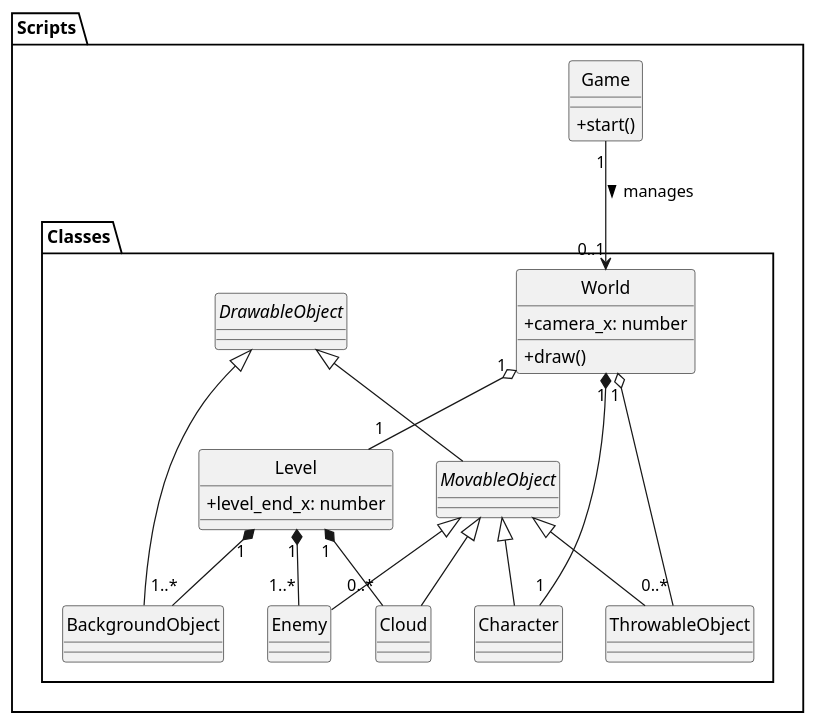
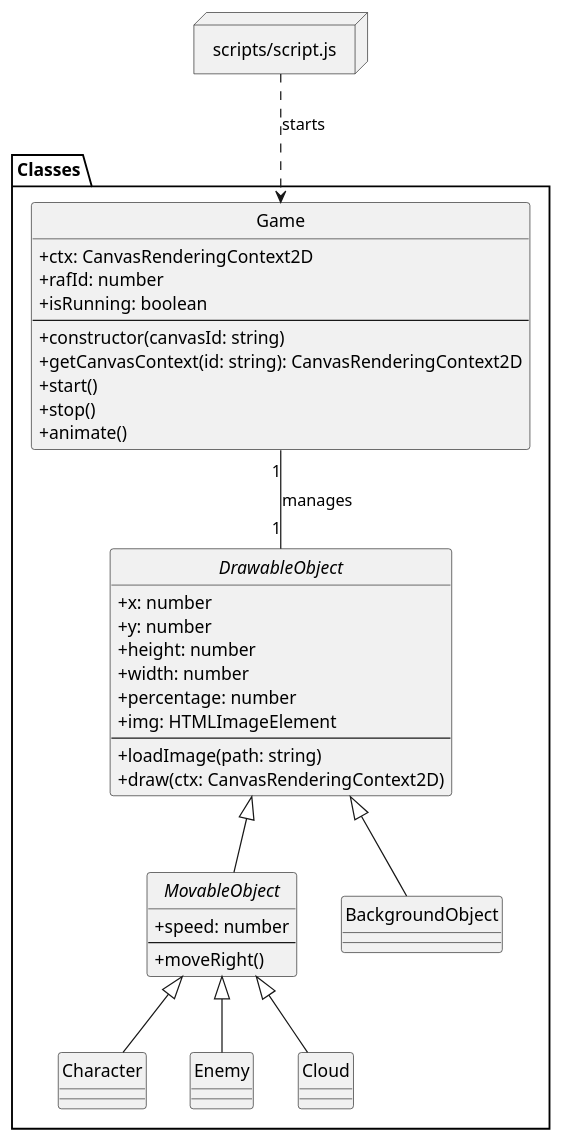
One commit to stefan-krischan/el-pollo-loco changed the diagram in docs/diagramms/class-hierarchy.puml. Above: the diagram before and after it, drawn with PlantUML.

Commit message:
docs: sync UML diagram with final Game and DrawableObject implementation

```diff
--- a/docs/diagramms/class-hierarchy.puml
+++ b/docs/diagramms/class-hierarchy.puml
@@ -1,56 +1,54 @@
 @startuml El Pollo Loco - Detailed Hierarchy
 
 'Layout settings
 skinparam monochrome true
 skinparam classAttributeIconSize 0
 skinparam shadowing false
 skinparam style strictuml
 
+' Definition of the Entry Point
+node "scripts/script.js" as Script {
+}
 
-package "Scripts" {
-
+package "Classes" {
     class Game {
+        + ctx: CanvasRenderingContext2D
+        + rafId: number
+        + isRunning: boolean
+        --
+        + constructor(canvasId: string)
+        + getCanvasContext(id: string): CanvasRenderingContext2D
         + start()
+        + stop()
+        + animate()
     }
 
-    package "Classes" {
+    abstract class DrawableObject {
+        + x: number
+        + y: number
+        + height: number
+        + width: number
+        + percentage: number
+        + img: HTMLImageElement
+        --
+        + loadImage(path: string)
+        + draw(ctx: CanvasRenderingContext2D)
+    }
 
-        abstract class DrawableObject
-        abstract class MovableObject extends DrawableObject
+    abstract class MovableObject extends DrawableObject {
+        + speed: number
+        --
+        + moveRight()
+    }
 
-        class Character extends MovableObject
-        class Enemy extends MovableObject
-        class Level {
-            + level_end_x: number
-        }
-
-        class World {
-            + camera_x: number
-            + draw()
-        }
-
-        class ThrowableObject extends MovableObject
-        class BackgroundObject extends DrawableObject
-        class Cloud extends MovableObject
-    }
+    class Character extends MovableObject
+    class Enemy extends MovableObject
+    class Cloud extends MovableObject
+    class BackgroundObject extends DrawableObject
 }
 
-' Relationships with multiplicities
-' A game script usually manages 1 active game
-Game "1" --> "0..1" World : manages >
-
-' A world has exactly 1 character (Pepe)
-World "1" *-- "1" Character
-
-' A world has exactly 1 level data object
-World "1" o-- "1" Level
-
-' A level contains many background layers, clouds and enemies
-Level "1" *-- "1..*" BackgroundObject
-Level "1" *-- "0..*" Cloud
-Level "1" *-- "1..*" Enemy
-
-' The character can "have" (throw) several bottles in the game at the same time
-World "1" o-- "0..*" ThrowableObject
+' Linking the Script to the Game class
+Script ..> Game : "starts"
+Game "1" -- "1" DrawableObject : "manages"
 
 @enduml
```
